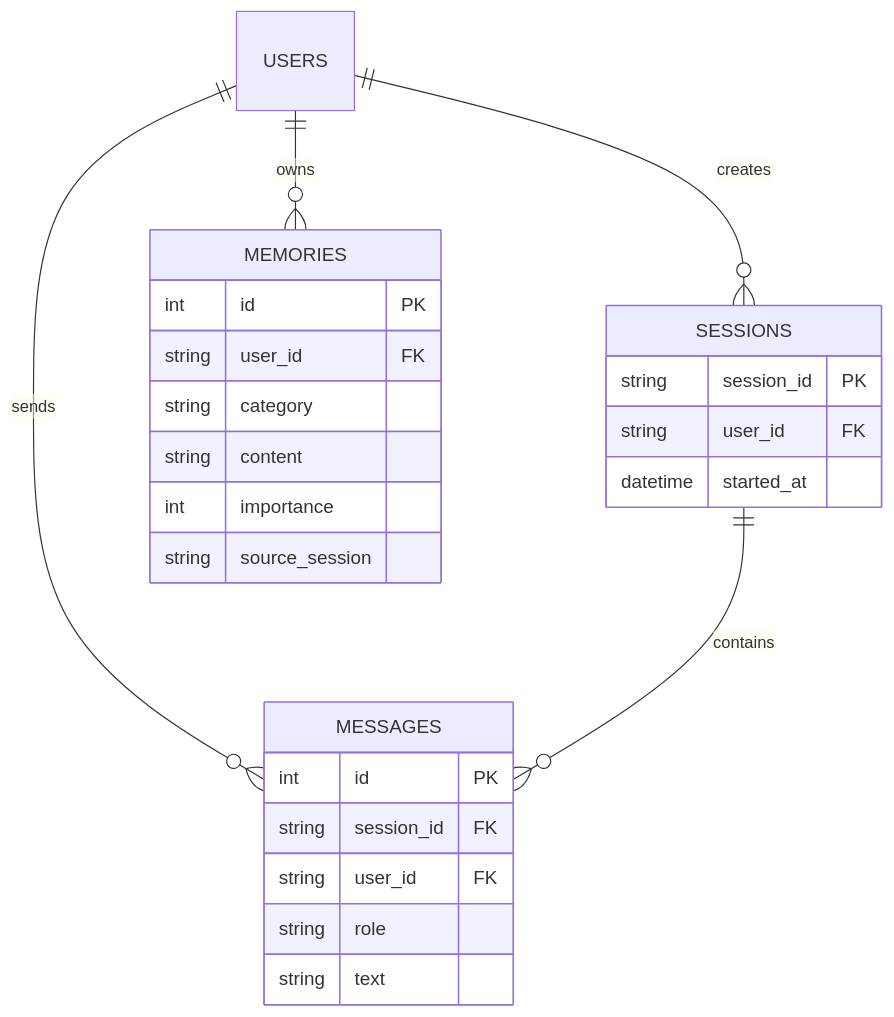
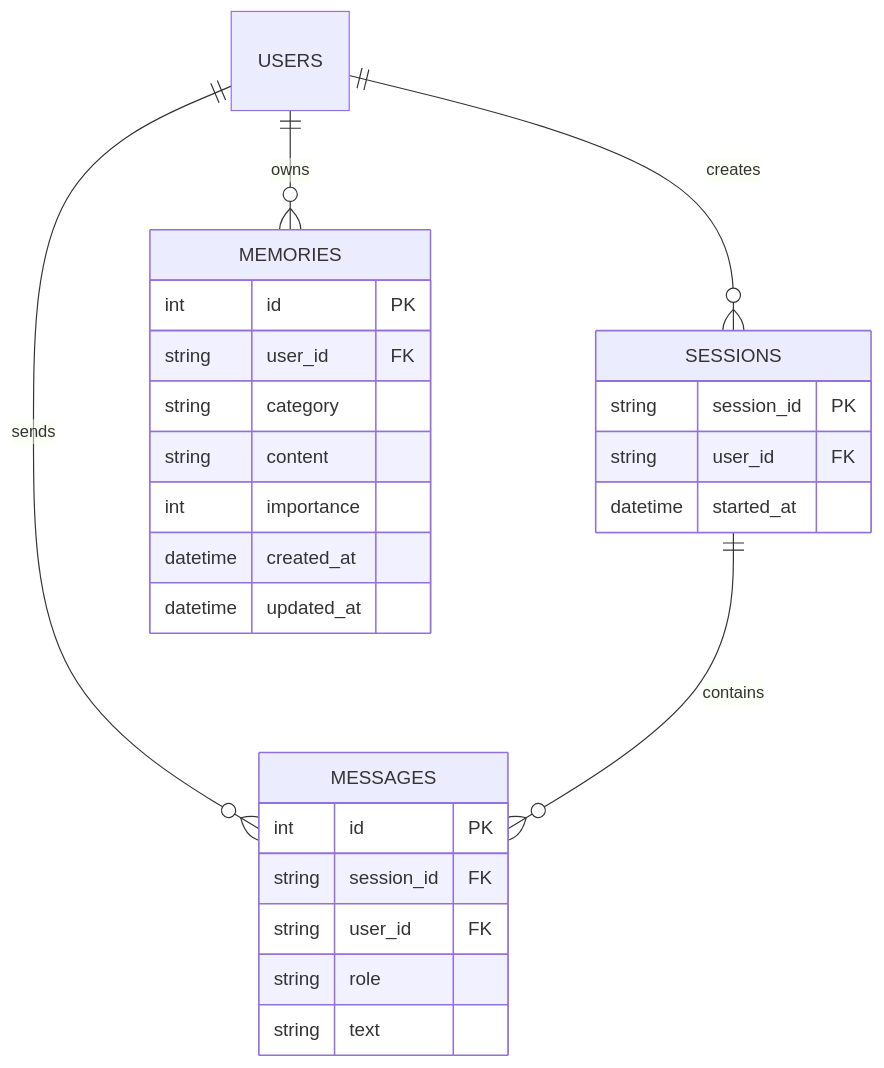
Before and after one commit to mogesh-developer/RaavOne-Memory: the second of 2 diagrams in README.md, drawn with Mermaid. The commit also changed other lines of this file, not shown here.

Commit message:
docs: Update README.md with comprehensive v3.0 specs and diagrams

````diff
--- a/README.md
+++ b/README.md
@@ -132,28 +87,29 @@
 ```mermaid
 erDiagram
     USERS ||--o{ SESSIONS : "creates"
     USERS ||--o{ MESSAGES : "sends"
     USERS ||--o{ MEMORIES : "owns"
     SESSIONS ||--o{ MESSAGES : "contains"
 
     SESSIONS {
         string session_id PK
         string user_id FK
         datetime started_at
     }
     MESSAGES {
         int id PK
         string session_id FK
         string user_id FK
         string role
         string text
     }
     MEMORIES {
         int id PK
         string user_id FK
         string category
         string content
         int importance
-        string source_session
+        datetime created_at
+        datetime updated_at
     }
 ```
````
